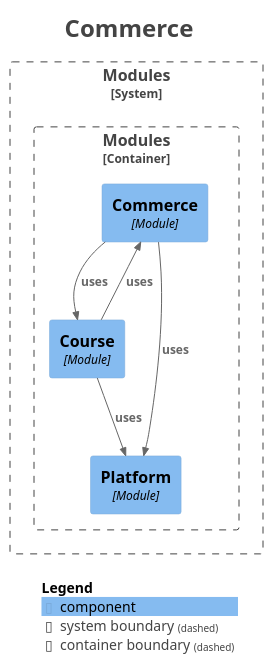
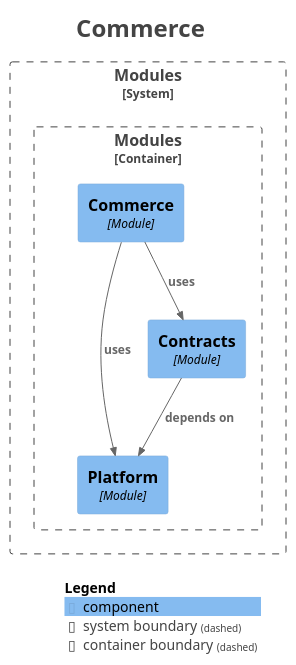
Before and after one commit to thereYany/btry: the diagram in docs/generated/modulith/module-commerce.puml, drawn with PlantUML. The commit also changed 91 other files, not shown here.

First line of the commit message:
feat(p4-2): 抽取 contracts 契约模块，模块图清零循环

```diff
--- a/docs/generated/modulith/module-commerce.puml
+++ b/docs/generated/modulith/module-commerce.puml
@@ -1,34 +1,33 @@
 @startuml
 title <size:24>Commerce</size>
 
 set separator none
 top to bottom direction
 
 <style>
   root {
     BackgroundColor: #ffffff
     FontColor: #444444
   }
 </style>
 
 !include <C4/C4>
 !include <C4/C4_Context>
 !include <C4/C4_Component>
 
 System_Boundary("Modules_boundary", "Modules", $tags="") {
   Container_Boundary("Modules.Modules_boundary", "Modules", $tags="") {
+    Component(Modules.Modules.Platform, "Platform", $techn="Module", $descr="", $tags="", $link="")
+    Component(Modules.Modules.Contracts, "Contracts", $techn="Module", $descr="", $tags="", $link="")
     Component(Modules.Modules.Commerce, "Commerce", $techn="Module", $descr="", $tags="", $link="")
-    Component(Modules.Modules.Course, "Course", $techn="Module", $descr="", $tags="", $link="")
-    Component(Modules.Modules.Platform, "Platform", $techn="Module", $descr="", $tags="", $link="")
   }
 
 }
 
-Rel(Modules.Modules.Course, Modules.Modules.Commerce, "uses", $techn="", $tags="", $link="")
-Rel(Modules.Modules.Course, Modules.Modules.Platform, "uses", $techn="", $tags="", $link="")
-Rel(Modules.Modules.Commerce, Modules.Modules.Course, "uses", $techn="", $tags="", $link="")
+Rel(Modules.Modules.Contracts, Modules.Modules.Platform, "depends on", $techn="", $tags="", $link="")
+Rel(Modules.Modules.Commerce, Modules.Modules.Contracts, "uses", $techn="", $tags="", $link="")
 Rel(Modules.Modules.Commerce, Modules.Modules.Platform, "uses", $techn="", $tags="", $link="")
 
 SHOW_LEGEND(true)
 hide stereotypes
 @enduml
```
